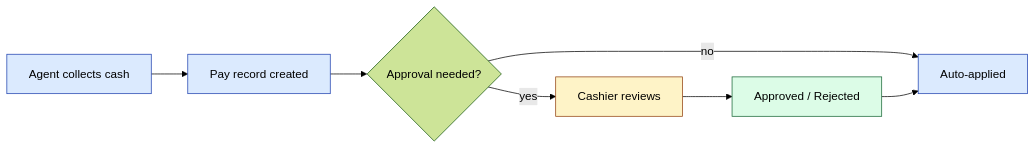
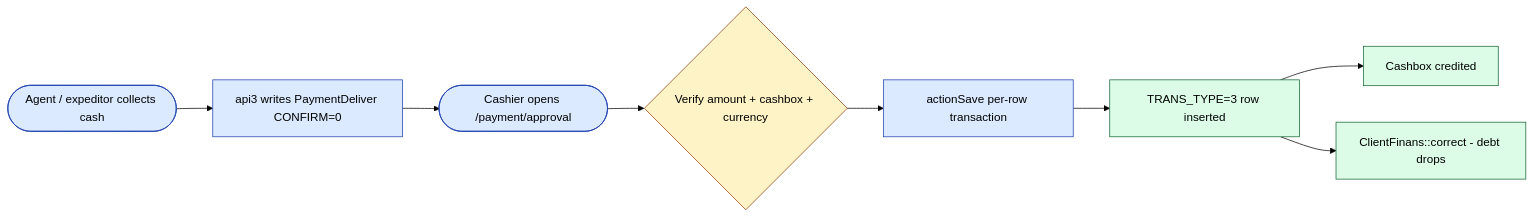
One commit to jamshidtulaganov/sd-doc changed the first of 5 diagrams in docs/modules/payment.md. Above: the diagram before and after it, drawn with Mermaid (forest theme). The commit also changed other lines of this file and 605 other files, not shown here.

````diff
--- a/docs/modules/payment.md
+++ b/docs/modules/payment.md
@@ -32,18 +116,23 @@
 ```mermaid
 flowchart LR
-  A["Agent collects cash"] --> B["Pay record created"]
-  B --> C{"Approval needed?"}
-  C -- yes --> D["Cashier reviews"]
-  D --> E["Approved / Rejected"]
-  C -- no --> F["Auto-applied"]
-  E --> F
-classDef action   fill:#dbeafe,stroke:#1e40af,color:#000
-classDef approval fill:#fef3c7,stroke:#92400e,color:#000
-classDef success  fill:#dcfce7,stroke:#166534,color:#000
-classDef reject   fill:#fee2e2,stroke:#991b1b,color:#000
-classDef external fill:#f3f4f6,stroke:#374151,color:#000
-classDef cron     fill:#ede9fe,stroke:#6d28d9,color:#000
-class A,B,F action
-class D approval
-class E success
+  A(["Agent / expeditor collects cash"]) --> B["api3 writes PaymentDeliver CONFIRM=0"]
+  B --> C(["Cashier opens /payment/approval"])
+  C --> D{"Verify amount + cashbox + currency"}
+  D --> E["actionSave per-row transaction"]
+  E --> F["TRANS_TYPE=3 row inserted"]
+  F --> G["Cashbox credited"]
+  F --> H["ClientFinans::correct - debt drops"]
+
+  classDef action   fill:#dbeafe,stroke:#1e40af,color:#000
+  classDef approval fill:#fef3c7,stroke:#92400e,color:#000
+  classDef success  fill:#dcfce7,stroke:#166534,color:#000
+  classDef reject   fill:#fee2e2,stroke:#991b1b,color:#000
+  classDef external fill:#f3f4f6,stroke:#374151,color:#000
+  classDef cron     fill:#ede9fe,stroke:#6d28d9,color:#000
+
+  class A,B,C action
+  class D approval
+  class G,H success
+  class E action
+  class F success
 ```
````
